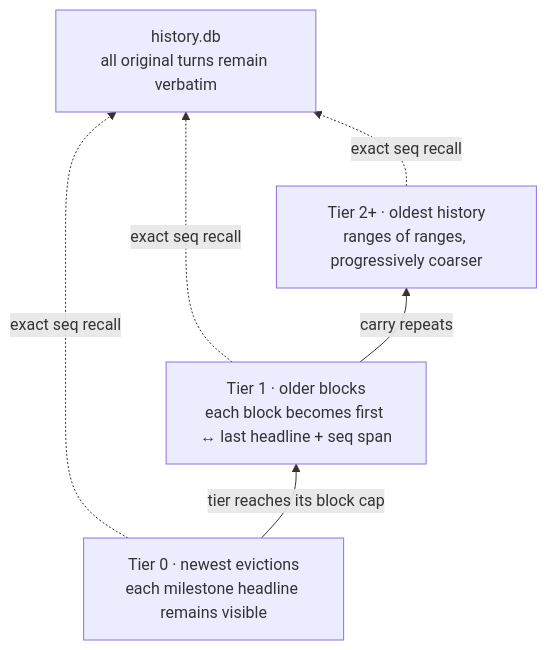
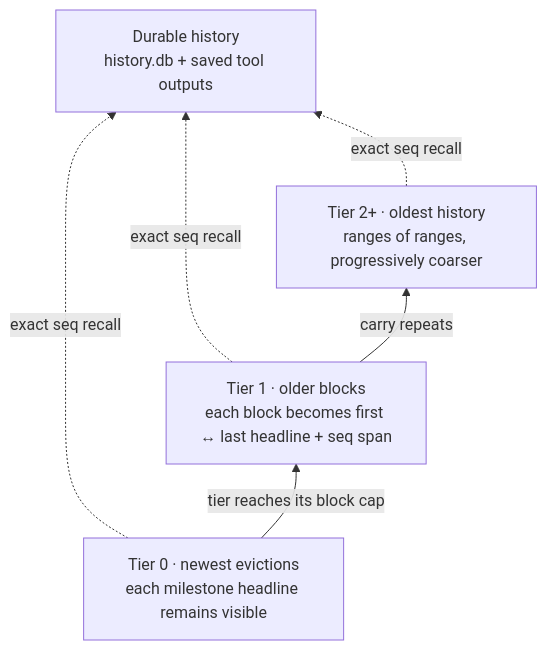
One commit to agentscope-ai/QwenPaw changed the second of 2 diagrams in website/public/blog/qwenpaw-scroll-executable-memory.en.md. Above: the diagram before and after it, drawn with Mermaid. The commit also changed other lines of this file and 1 other file, not shown here.

````diff
--- a/website/public/blog/qwenpaw-scroll-executable-memory.en.md
+++ b/website/public/blog/qwenpaw-scroll-executable-memory.en.md
@@ -141,12 +128,12 @@
 ```mermaid
 flowchart BT
     T0["Tier 0 · newest evictions<br/>each milestone headline remains visible"]
     T1["Tier 1 · older blocks<br/>each block becomes first ↔ last headline + seq span"]
     T2["Tier 2+ · oldest history<br/>ranges of ranges, progressively coarser"]
-    DB["history.db<br/>all original turns remain verbatim"]
+    DB["Durable history<br/>history.db + saved tool outputs"]
     T0 -->|tier reaches its block cap| T1
     T1 -->|carry repeats| T2
     T0 -. exact seq recall .-> DB
     T1 -. exact seq recall .-> DB
     T2 -. exact seq recall .-> DB
 ```
````
